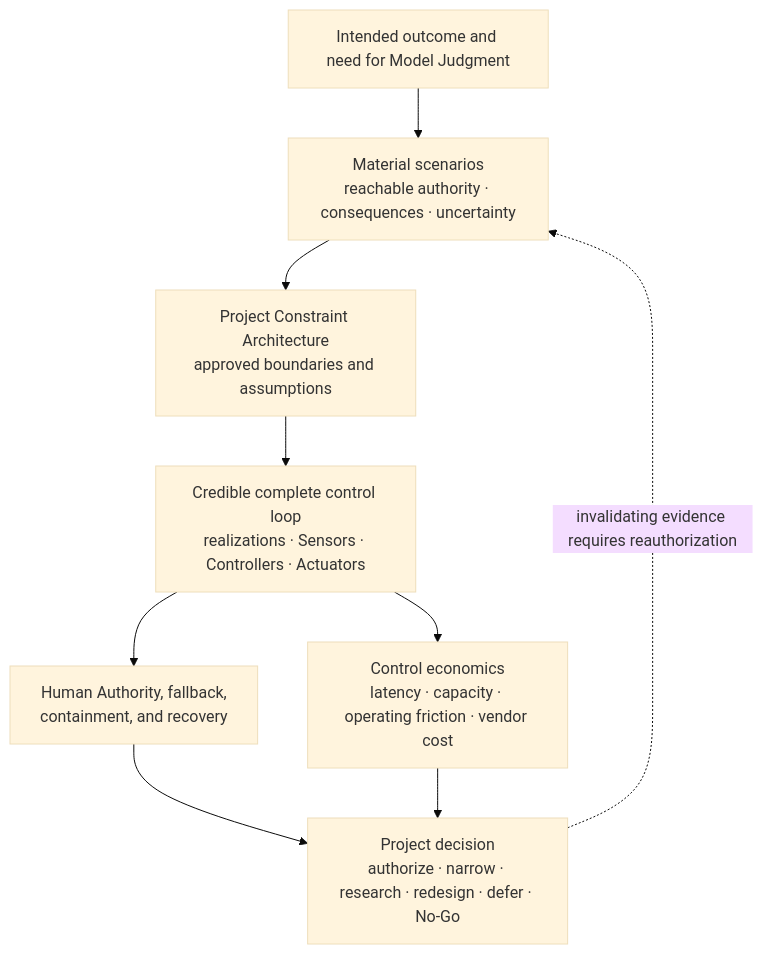
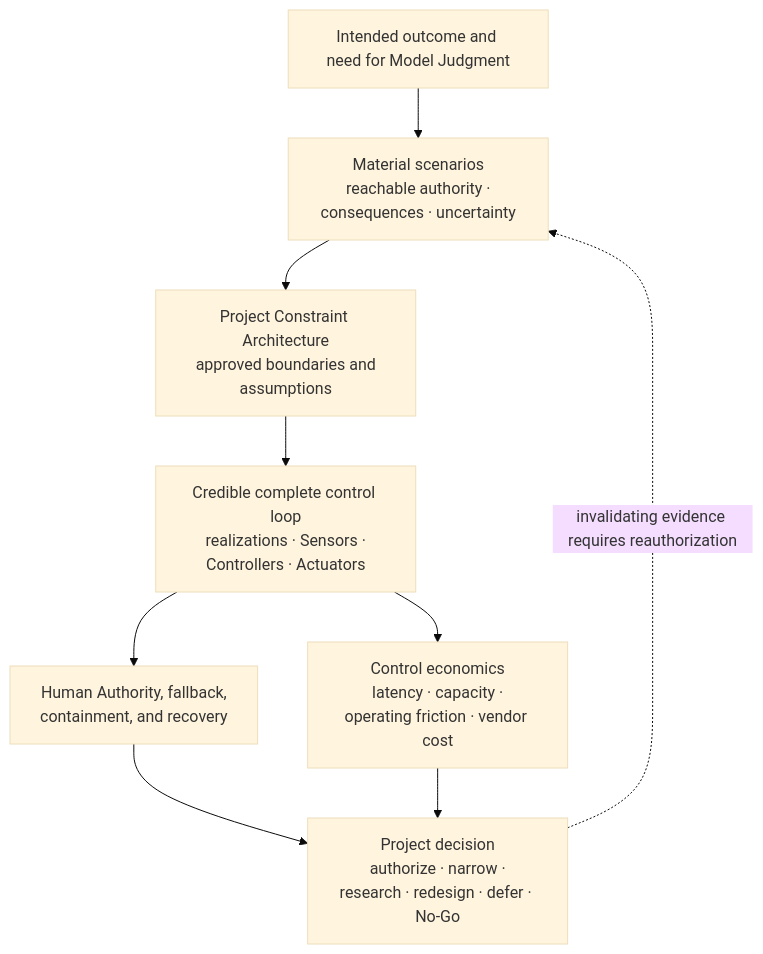
Diagram 11 of 14 in content/research/notes/open-engineering-specification-article-draft.md (UncertaintyArchitectureGroup/uncertainty-architecture), drawn with Mermaid (base theme) before and after one commit. The commit also changed other lines of this file, not shown here.

Commit message:
fix(research): stabilize Mermaid rendering

````diff
--- a/content/research/notes/open-engineering-specification-article-draft.md
+++ b/content/research/notes/open-engineering-specification-article-draft.md
@@ -537,17 +542,17 @@
 ```mermaid
 flowchart TB
     OUT["Intended outcome and need for Model Judgment"]
-    RISK["Material scenarios<br/>reachable authority · consequences · uncertainty"]
-    K["Project Constraint Architecture<br/>approved boundaries and assumptions"]
-    LOOP["Credible complete control loop<br/>realizations · Sensors · Controllers · Actuators"]
-    HUMAN["Human Authority, fallback,<br/>containment, and recovery"]
-    ECON["Control economics<br/>latency · capacity · operating friction · vendor cost"]
-    DEC["Project decision<br/>authorize · narrow · research · redesign · defer · No-Go"]
+    RISK["Material scenarios<br/> reachable authority · consequences · uncertainty"]
+    K["Project Constraint Architecture<br/> approved boundaries and assumptions"]
+    LOOP["Credible complete control loop<br/> realizations · Sensors · Controllers · Actuators"]
+    HUMAN["Human Authority, fallback,<br/> containment, and recovery"]
+    ECON["Control economics<br/> latency · capacity · operating friction · vendor cost"]
+    DEC["Project decision<br/> authorize · narrow · research · redesign · defer · No-Go"]
 
     OUT --> RISK --> K --> LOOP
     LOOP --> HUMAN
     LOOP --> ECON
     HUMAN --> DEC
     ECON --> DEC
     DEC -. invalidating evidence requires reauthorization .-> RISK
 ```
````
